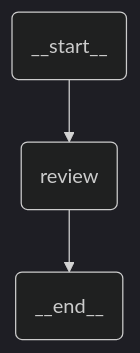
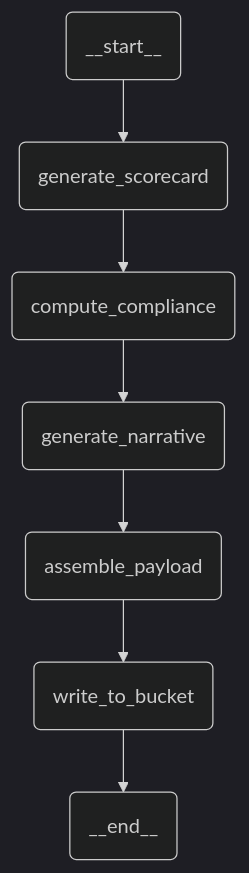
Before and after one commit to kartiksiva/DocumentValidation-Uipath: the diagram in ContractComparisonSolution/reviewer/agent.mermaid, drawn with Mermaid (dark theme). The commit also changed 2 other files, not shown here.

Commit message:
feat(PB-T5): reviewer agent — scorecard, compliance, narrative, write review.json
5-node LangGraph graph:
- generate_scorecard: LLM structured output (_ScorecardResponse) over findings
  summary, scores Liability/IP/Payment/Termination/Confidentiality categories
- compute_compliance: counts aligned/total → compliancePercent (template-compliance
  mode only; None otherwise)
- generate_narrative: LLM plain-English executive summary using template_system_message
- assemble_payload: maps RawFinding → Finding (camelCase wire type), builds ReviewPayload
  with task_id=0 (Maestro patches after CreateHumanTask)
- write_to_bucket: writes review.json to
  workspaces/{workspaceId}/comparisons/{comparisonId}/review.json
  via sdk.buckets.upload_async using temp file; temp file cleaned up in finally block

entry-points.json regenerated: input=ReviewerInput, output=ReviewerOutput

```diff
--- a/ContractComparisonSolution/reviewer/agent.mermaid
+++ b/ContractComparisonSolution/reviewer/agent.mermaid
@@ -1,8 +1,16 @@
 %% AUTO-GENERATED by `uipath init`. Do not edit manually.
 %% Regenerated on every `uipath init`.
 flowchart TB
   __start__(__start__)
-  review(review)
+  generate_scorecard(generate_scorecard)
+  compute_compliance(compute_compliance)
+  generate_narrative(generate_narrative)
+  assemble_payload(assemble_payload)
+  write_to_bucket(write_to_bucket)
   __end__(__end__)
-  __start__ --> review
-  review --> __end__
+  __start__ --> generate_scorecard
+  assemble_payload --> write_to_bucket
+  compute_compliance --> generate_narrative
+  generate_narrative --> assemble_payload
+  generate_scorecard --> compute_compliance
+  write_to_bucket --> __end__
```
